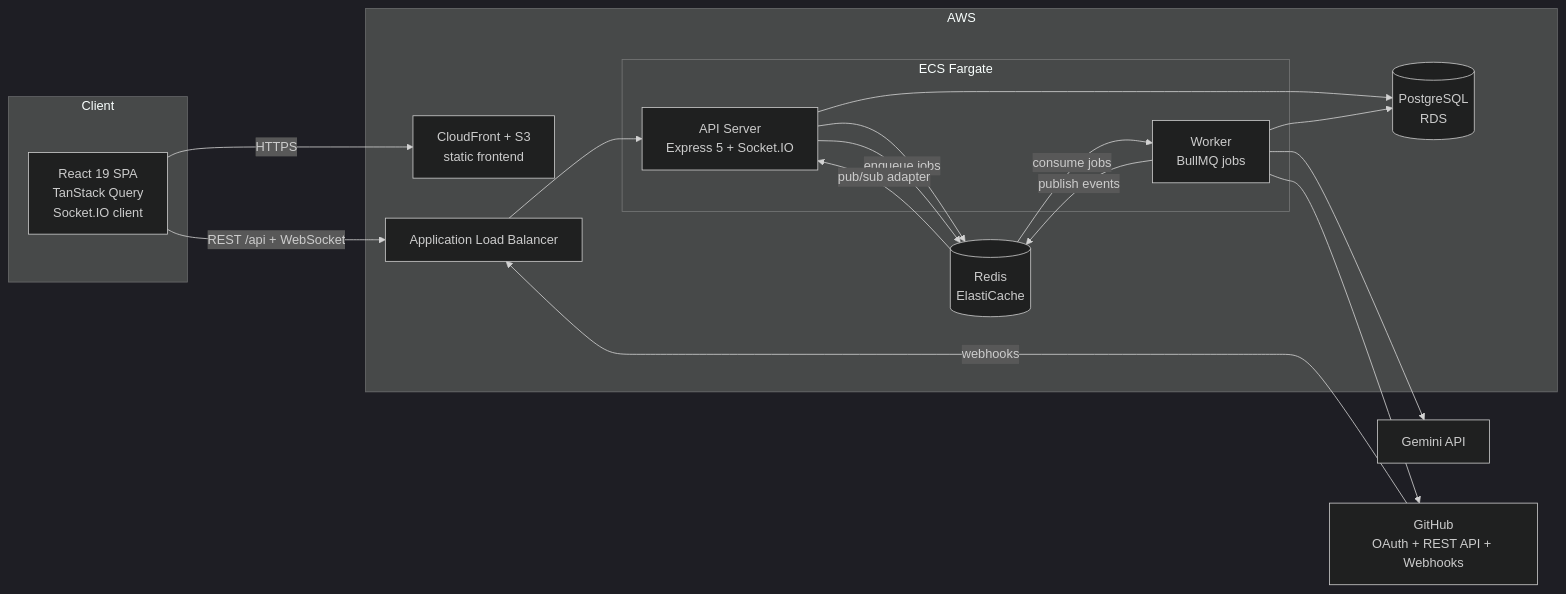
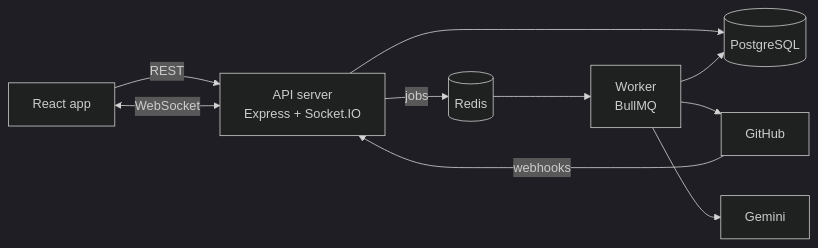
One commit to jharohit2003/Dev- changed the diagram in README.md. Above: the diagram before and after it, drawn with Mermaid (dark theme). The commit also changed other lines of this file and 21 other files, not shown here.

Commit message:
decision: plan the architecture

````diff
--- a/README.md
+++ b/README.md
@@ -74,36 +35,12 @@
 ```mermaid
 flowchart LR
-    subgraph Client
-        UI[React 19 SPA<br/>TanStack Query<br/>Socket.IO client]
-    end
-
-    subgraph AWS
-        CF[CloudFront + S3<br/>static frontend]
-        ALB[Application Load Balancer]
-
-        subgraph ECS[ECS Fargate]
-            API[API Server<br/>Express 5 + Socket.IO]
-            WORKER[Worker<br/>BullMQ jobs]
-        end
-
-        RDS[(PostgreSQL<br/>RDS)]
-        REDIS[(Redis<br/>ElastiCache)]
-    end
-
-    GH[GitHub<br/>OAuth + REST API + Webhooks]
-    GEM[Gemini API]
-
-    UI -->|HTTPS| CF
-    UI -->|REST /api + WebSocket| ALB
-    ALB --> API
-    API --> RDS
-    API --> REDIS
-    API -->|enqueue jobs| REDIS
-    REDIS -->|consume jobs| WORKER
-    WORKER --> RDS
-    WORKER --> GEM
+    WEB[React app] -->|REST| API[API server<br/>Express + Socket.IO]
+    WEB <-->|WebSocket| API
+    GH[GitHub] -->|webhooks| API
+    API --> DB[(PostgreSQL)]
+    API -->|jobs| REDIS[(Redis)]
+    REDIS --> WORKER[Worker<br/>BullMQ]
+    WORKER --> DB
     WORKER --> GH
-    GH -->|webhooks| ALB
-    WORKER -->|publish events| REDIS
-    REDIS -->|pub/sub adapter| API
+    WORKER --> AI[Gemini]
 ```
````
